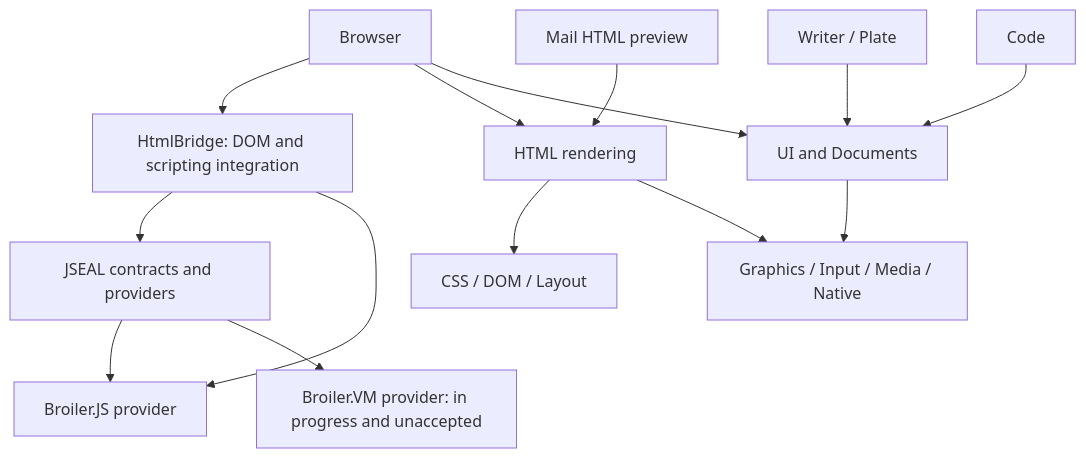
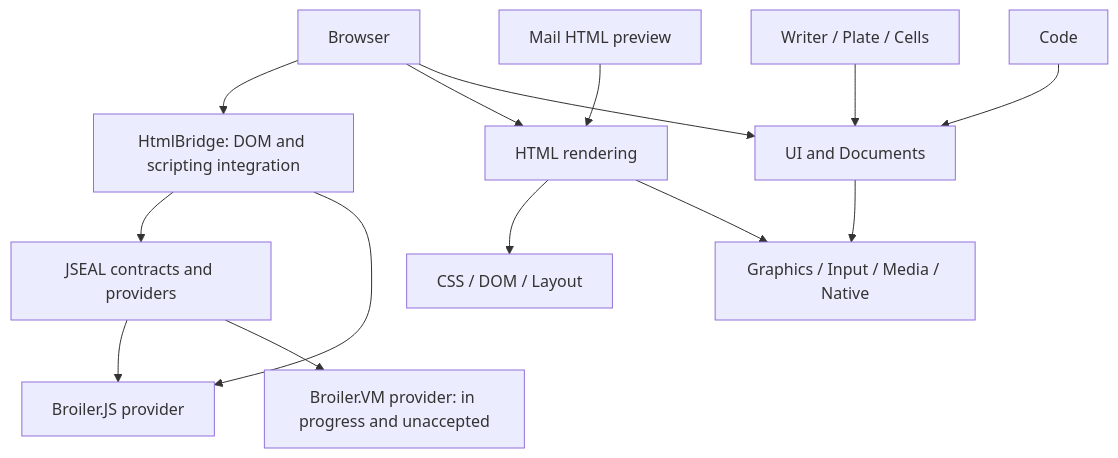
One commit to Broiler-Platform/.github changed the first of 2 diagrams in profile/docs/architecture.md. Above: the diagram before and after it, drawn with Mermaid. The commit also changed other lines of this file and 6 other files, not shown here.

````diff
--- a/profile/docs/architecture.md
+++ b/profile/docs/architecture.md
@@ -15,16 +15,16 @@
 ```mermaid
 flowchart TD
     Browser[Browser] --> Bridge[HtmlBridge: DOM and scripting integration]
     Browser --> HTML[HTML rendering]
     Mail[Mail HTML preview] --> HTML
     Bridge --> Seam[JSEAL contracts and providers]
     Seam --> JS[Broiler.JS provider]
     Seam --> VM[Broiler.VM provider: in progress and unaccepted]
     Bridge --> JS
     HTML --> Layout[CSS / DOM / Layout]
-    Writer[Writer / Plate] --> UI[UI and Documents]
+    Writer[Writer / Plate / Cells] --> UI[UI and Documents]
     Code[Code] --> UI
     Browser --> UI
     UI --> Base[Graphics / Input / Media / Native]
     HTML --> Base
 ```
````
